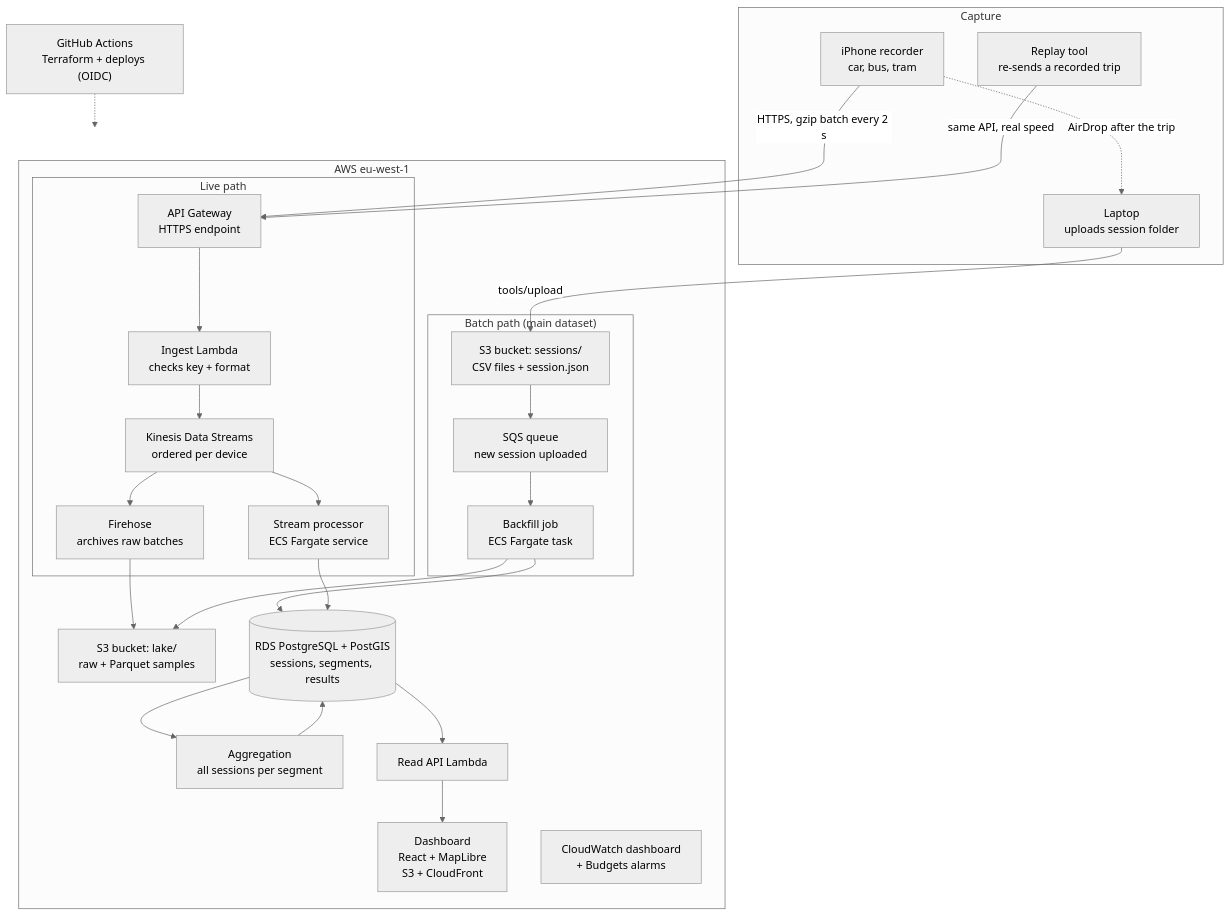
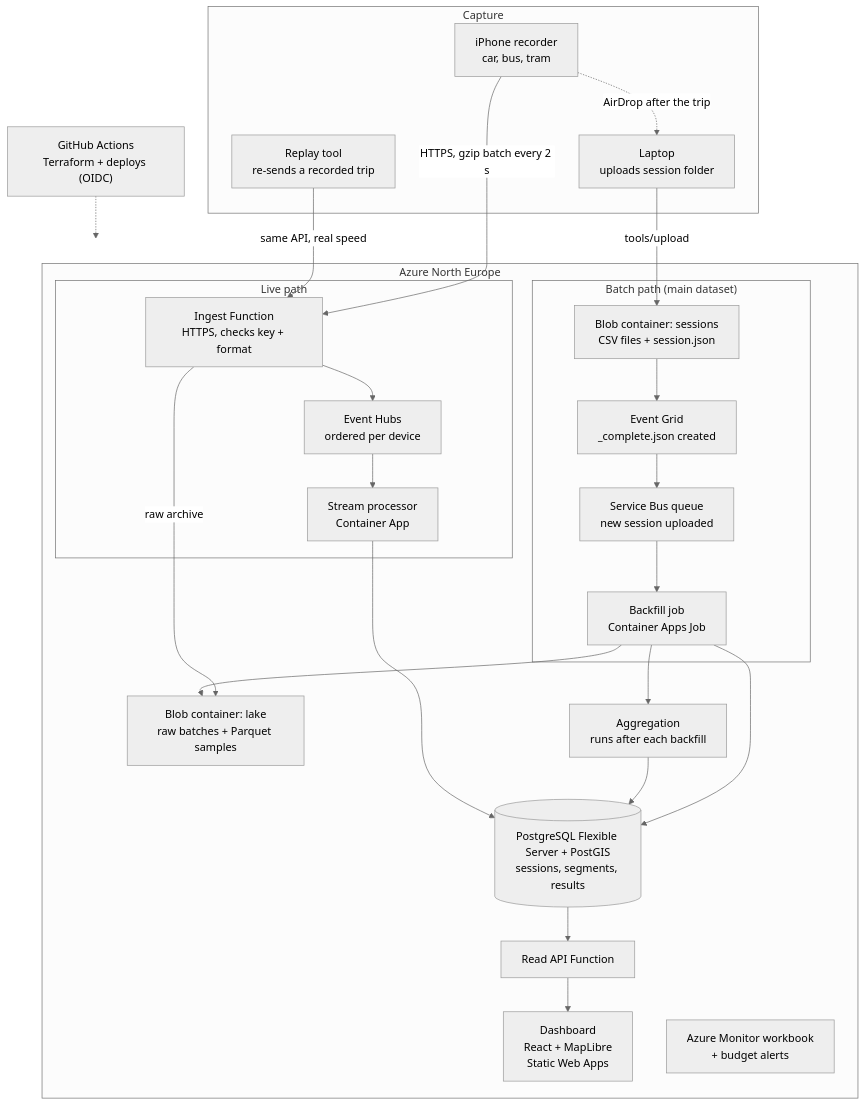
One commit to ghimpumihai/Bumpy changed the diagram in decisions/02-infrastructure-plan.md. Above: the diagram before and after it, drawn with Mermaid (neutral theme). The commit also changed other lines of this file and 4 other files, not shown here.

First line of the commit message:
Move the infrastructure plan from AWS to Azure

````diff
--- a/decisions/02-infrastructure-plan.md
+++ b/decisions/02-infrastructure-plan.md
@@ -43,45 +71,43 @@
 ```mermaid
 flowchart TB
   subgraph CAP["Capture"]
     phone["iPhone recorder<br/>car, bus, tram"]
     laptop["Laptop<br/>uploads session folder"]
     replay["Replay tool<br/>re-sends a recorded trip"]
   end
 
-  subgraph AWS["AWS eu-west-1"]
+  subgraph AZ["Azure North Europe"]
     subgraph BATCH["Batch path (main dataset)"]
-      s3s["S3 bucket: sessions/<br/>CSV files + session.json"]
-      sqs["SQS queue<br/>new session uploaded"]
-      backfill["Backfill job<br/>ECS Fargate task"]
+      blobS["Blob container: sessions<br/>CSV files + session.json"]
+      eg["Event Grid<br/>_complete.json created"]
+      sb["Service Bus queue<br/>new session uploaded"]
+      backfill["Backfill job<br/>Container Apps Job"]
     end
     subgraph LIVE["Live path"]
-      apigw["API Gateway<br/>HTTPS endpoint"]
-      ingest["Ingest Lambda<br/>checks key + format"]
-      kin["Kinesis Data Streams<br/>ordered per device"]
-      fh["Firehose<br/>archives raw batches"]
-      proc["Stream processor<br/>ECS Fargate service"]
+      ingest["Ingest Function<br/>HTTPS, checks key + format"]
+      eh["Event Hubs<br/>ordered per device"]
+      proc["Stream processor<br/>Container App"]
     end
-    lake["S3 bucket: lake/<br/>raw + Parquet samples"]
-    rds[("RDS PostgreSQL + PostGIS<br/>sessions, segments, results")]
-    agg["Aggregation<br/>all sessions per segment"]
-    read["Read API Lambda"]
-    web["Dashboard<br/>React + MapLibre<br/>S3 + CloudFront"]
-    ops["CloudWatch dashboard<br/>+ Budgets alarms"]
+    lake["Blob container: lake<br/>raw batches + Parquet samples"]
+    pg[("PostgreSQL Flexible Server + PostGIS<br/>sessions, segments, results")]
+    agg["Aggregation<br/>runs after each backfill"]
+    read["Read API Function"]
+    web["Dashboard<br/>React + MapLibre<br/>Static Web Apps"]
+    ops["Azure Monitor workbook<br/>+ budget alerts"]
   end
 
   gh["GitHub Actions<br/>Terraform + deploys (OIDC)"]
 
   phone -.->|"AirDrop after the trip"| laptop
-  laptop -->|"tools/upload"| s3s --> sqs --> backfill
-  phone -->|"HTTPS, gzip batch every 2 s"| apigw
-  replay -->|"same API, real speed"| apigw
-  apigw --> ingest --> kin
-  kin --> proc
-  kin --> fh --> lake
+  laptop -->|"tools/upload"| blobS --> eg --> sb --> backfill
+  phone -->|"HTTPS, gzip batch every 2 s"| ingest
+  replay -->|"same API, real speed"| ingest
+  ingest --> eh --> proc
+  ingest -->|"raw archive"| lake
   backfill --> lake
-  backfill --> rds
-  proc --> rds
-  rds --> agg --> rds
-  rds --> read --> web
-  gh -.-> AWS
+  backfill --> pg
+  backfill --> agg --> pg
+  proc --> pg
+  pg --> read --> web
+  gh -.-> AZ
 ```
````
